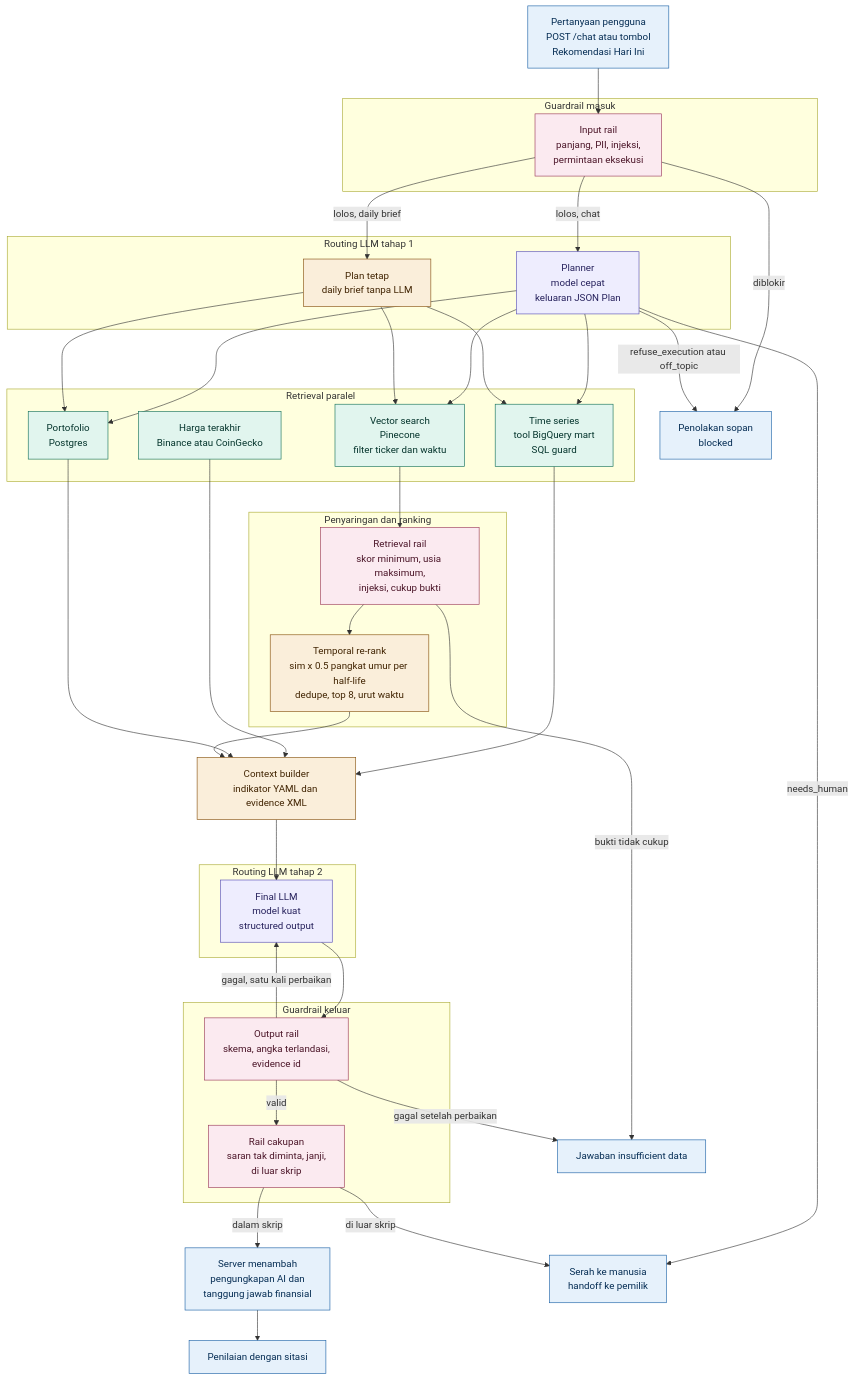
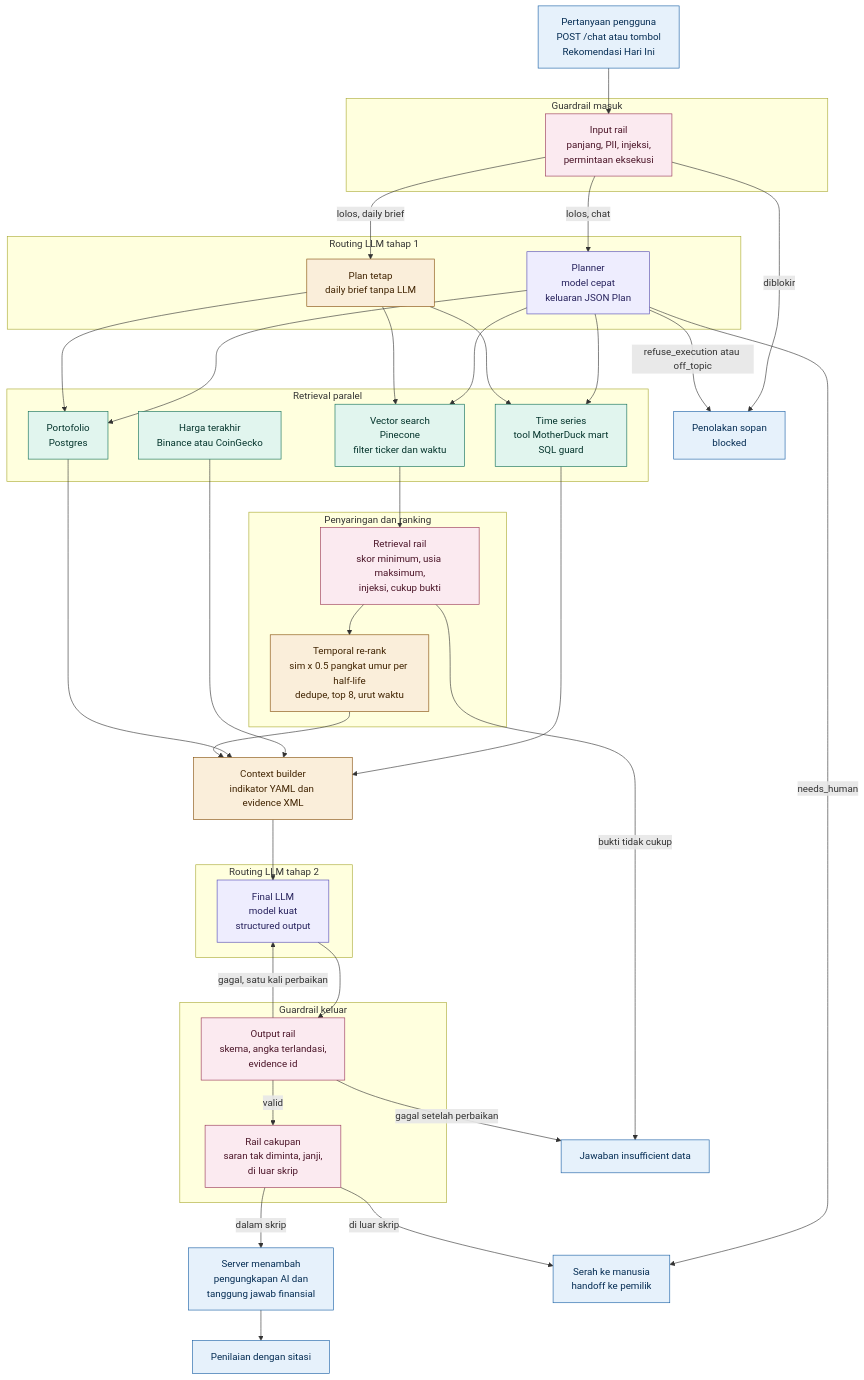
One commit to Erwdev/FinRAG changed the third of 6 diagrams in Architecture.md. Above: the diagram before and after it, drawn with Mermaid. The commit also changed other lines of this file and 17 other files, not shown here.

Commit message:
dev:new-architecture

````diff
--- a/Architecture.md
+++ b/Architecture.md
@@ -522,82 +609,82 @@
 ```mermaid
 flowchart TB
   Q["Pertanyaan pengguna<br/>POST /chat atau tombol<br/>Rekomendasi Hari Ini"]
 
   subgraph GIN["Guardrail masuk"]
     G1["Input rail<br/>panjang, PII, injeksi,<br/>permintaan eksekusi"]
   end
 
   subgraph ROUTE["Routing LLM tahap 1"]
     P["Planner<br/>model cepat<br/>keluaran JSON Plan"]
     FP["Plan tetap<br/>daily brief tanpa LLM"]
   end
 
   subgraph RET["Retrieval paralel"]
-    TS["Time series<br/>tool BigQuery mart<br/>SQL guard"]
+    TS["Time series<br/>tool MotherDuck mart<br/>SQL guard"]
     PX["Harga terakhir<br/>Binance atau CoinGecko"]
     PF["Portofolio<br/>Postgres"]
     VS["Vector search<br/>Pinecone<br/>filter ticker dan waktu"]
   end
 
   subgraph RANK["Penyaringan dan ranking"]
     G2["Retrieval rail<br/>skor minimum, usia maksimum,<br/>injeksi, cukup bukti"]
     RR["Temporal re-rank<br/>sim x 0.5 pangkat umur per half-life<br/>dedupe, top 8, urut waktu"]
   end
 
   CTX["Context builder<br/>indikator YAML dan evidence XML"]
 
   subgraph ROUTE2["Routing LLM tahap 2"]
     FIN["Final LLM<br/>model kuat<br/>structured output"]
   end
 
   subgraph GOUT["Guardrail keluar"]
     G3["Output rail<br/>skema, angka terlandasi,<br/>evidence id"]
     G4["Rail cakupan<br/>saran tak diminta, janji,<br/>di luar skrip"]
   end
 
   DISC["Server menambah<br/>pengungkapan AI dan<br/>tanggung jawab finansial"]
   OUT["Penilaian dengan sitasi"]
   REF["Penolakan sopan<br/>blocked"]
   INS["Jawaban insufficient data"]
   HAND["Serah ke manusia<br/>handoff ke pemilik"]
 
   Q --> G1
   G1 -->|"lolos, chat"| P
   G1 -->|"lolos, daily brief"| FP
   G1 -->|"diblokir"| REF
   P -->|"refuse_execution atau off_topic"| REF
   P -->|"needs_human"| HAND
   P --> TS
   P --> PF
   P --> VS
   FP --> TS
   FP --> PF
   FP --> VS
   TS --> CTX
   PX --> CTX
   PF --> CTX
   VS --> G2
   G2 --> RR
   G2 -->|"bukti tidak cukup"| INS
   RR --> CTX
   CTX --> FIN
   FIN --> G3
   G3 -->|"valid"| G4
   G3 -->|"gagal, satu kali perbaikan"| FIN
   G3 -->|"gagal setelah perbaikan"| INS
   G4 -->|"dalam skrip"| DISC
   G4 -->|"di luar skrip"| HAND
   DISC --> OUT
 
   classDef guard fill:#FBEAF0,stroke:#993556,color:#4B1528
   classDef llm fill:#EEEDFE,stroke:#534AB7,color:#26215C
   classDef data fill:#E1F5EE,stroke:#0F6E56,color:#04342C
   classDef rank fill:#FAEEDA,stroke:#854F0B,color:#412402
   classDef io fill:#E6F1FB,stroke:#185FA5,color:#042C53
 
   class G1,G2,G3,G4 guard
   class P,FIN llm
   class TS,PX,PF,VS data
   class RR,CTX,FP rank
   class Q,OUT,REF,INS,HAND,DISC io
 ```
````
